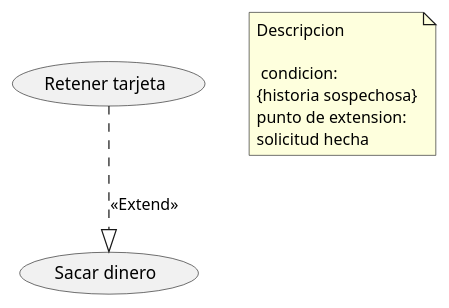
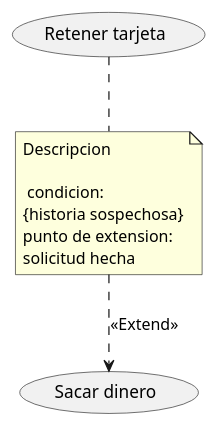
The diagram in Puntos_extension.puml (Ivandorum/C_D_UsosUML), drawn with PlantUML before and after one commit. The commit also changed 5 other files, not shown here.

```diff
--- a/Puntos_extension.puml
+++ b/Puntos_extension.puml
@@ -1,11 +1,12 @@
 @startuml
 
 (Sacar dinero)
 (Retener tarjeta)
 
 note "Descripcion\n \n condicion:\n{historia sospechosa}\npunto de extension:\nsolicitud hecha" as N1
 
-(Retener tarjeta)..|>(Sacar dinero):<<Extend>>
+(Retener tarjeta)..N1
+N1 ..>(Sacar dinero):<<Extend>>
 
 
 @enduml
```
